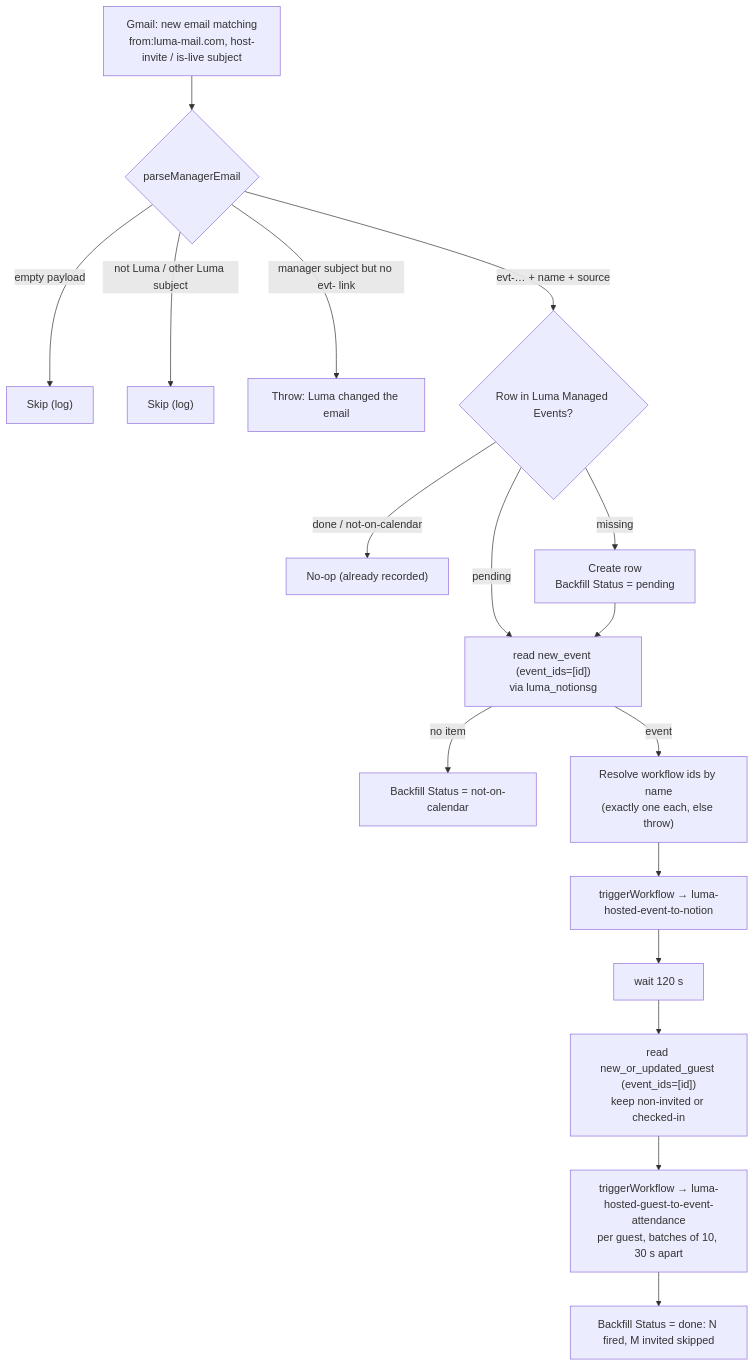
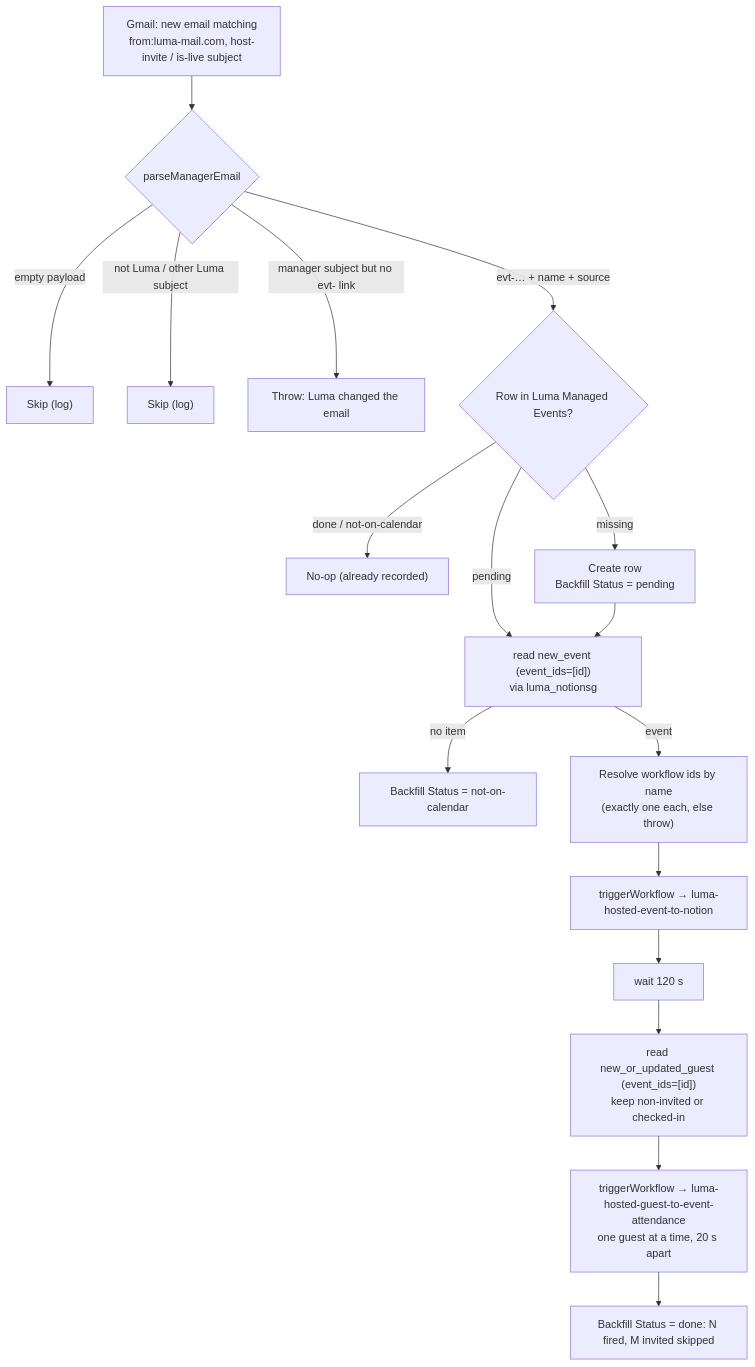
One commit to work-flowers/zapier-sdk changed the diagram in luma-manager-email-to-table/README.md. Above: the diagram before and after it, drawn with Mermaid. The commit also changed other lines of this file and 3 other files, not shown here.

First line of the commit message:
Luma guests: stop concurrent creates dropping Event links

````diff
--- a/luma-manager-email-to-table/README.md
+++ b/luma-manager-email-to-table/README.md
@@ -39,19 +39,19 @@
 ```mermaid
 flowchart TD
     A["Gmail: new email matching<br/>from:luma-mail.com, host-invite / is-live subject"] --> B{"parseManagerEmail"}
     B -->|"empty payload"| S0["Skip (log)"]
     B -->|"not Luma / other Luma subject"| S1["Skip (log)"]
     B -->|"manager subject but no evt- link"| X["Throw: Luma changed the email"]
     B -->|"evt-… + name + source"| C{"Row in Luma Managed Events?"}
     C -->|"done / not-on-calendar"| S2["No-op (already recorded)"]
     C -->|"missing"| D["Create row<br/>Backfill Status = pending"]
     C -->|"pending"| E
     D --> E["read new_event (event_ids=[id])<br/>via luma_notionsg"]
     E -->|"no item"| F["Backfill Status = not-on-calendar"]
     E -->|"event"| G["Resolve workflow ids by name<br/>(exactly one each, else throw)"]
     G --> H["triggerWorkflow → luma-hosted-event-to-notion"]
     H --> W["wait 120 s"]
     W --> I["read new_or_updated_guest (event_ids=[id])<br/>keep non-invited or checked-in"]
-    I --> J["triggerWorkflow → luma-hosted-guest-to-event-attendance<br/>per guest, batches of 10, 30 s apart"]
+    I --> J["triggerWorkflow → luma-hosted-guest-to-event-attendance<br/>one guest at a time, 20 s apart"]
     J --> K["Backfill Status = done: N fired, M invited skipped"]
 ```
````
